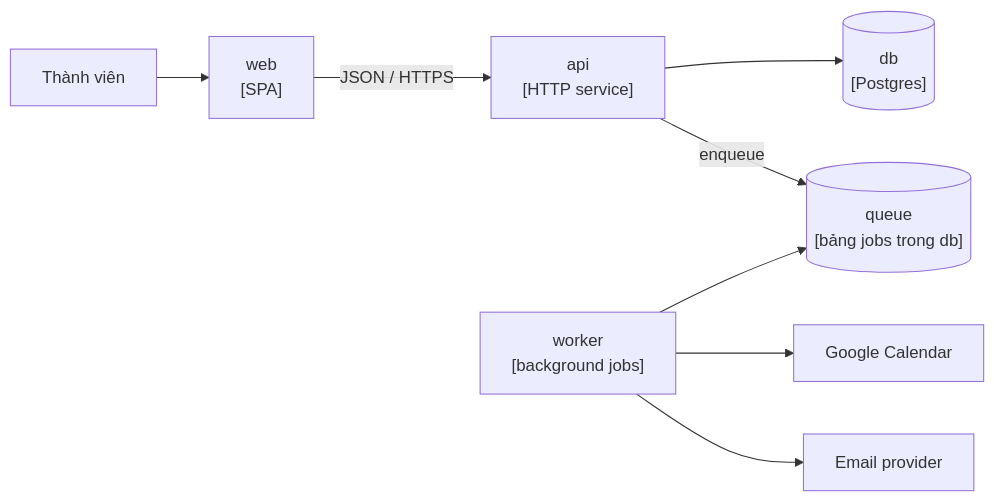
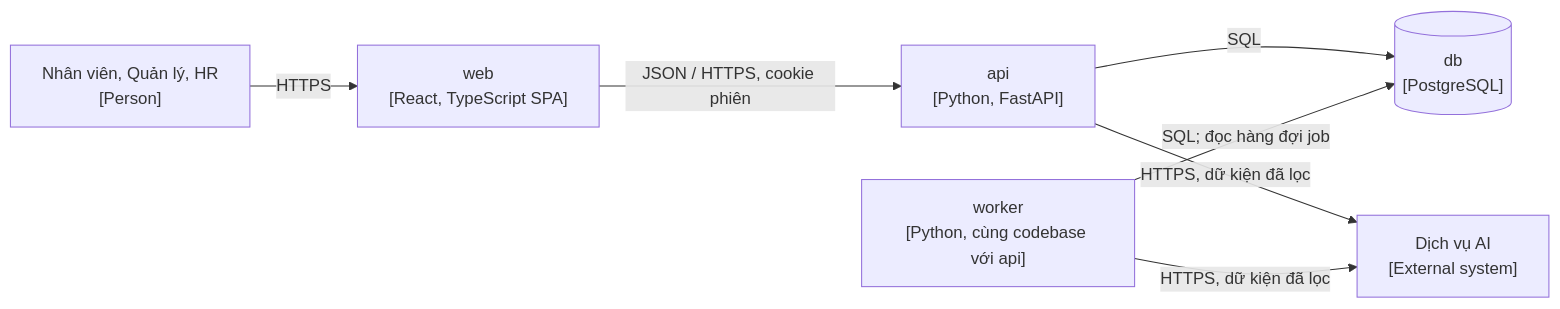
Before and after one commit to pbaodev/hr-manager: the second of 2 diagrams in ARCHITECTURE.md, drawn with Mermaid. The commit also changed other lines of this file and 9 other files, not shown here.

````diff
--- a/ARCHITECTURE.md
+++ b/ARCHITECTURE.md
@@ -44,10 +69,9 @@
 ```mermaid
 flowchart LR
-  member["Thành viên"] --> web["web<br/>[SPA]"]
-  web -->|"JSON / HTTPS"| api["api<br/>[HTTP service]"]
-  api --> db[("db<br/>[Postgres]")]
-  api -->|"enqueue"| queue[("queue<br/>[bảng jobs trong db]")]
-  worker["worker<br/>[background jobs]"] --> queue
-  worker --> gcal["Google Calendar"]
-  worker --> mail["Email provider"]
+  user["Nhân viên, Quản lý, HR<br/>[Person]"] -->|"HTTPS"| web["web<br/>[React, TypeScript SPA]"]
+  web -->|"JSON / HTTPS, cookie phiên"| api["api<br/>[Python, FastAPI]"]
+  api -->|"SQL"| db[("db<br/>[PostgreSQL]")]
+  worker["worker<br/>[Python, cùng codebase với api]"] -->|"SQL; đọc hàng đợi job"| db
+  api -->|"HTTPS, dữ kiện đã lọc"| ai["Dịch vụ AI<br/>[External system]"]
+  worker -->|"HTTPS, dữ kiện đã lọc"| ai
 ```
````
